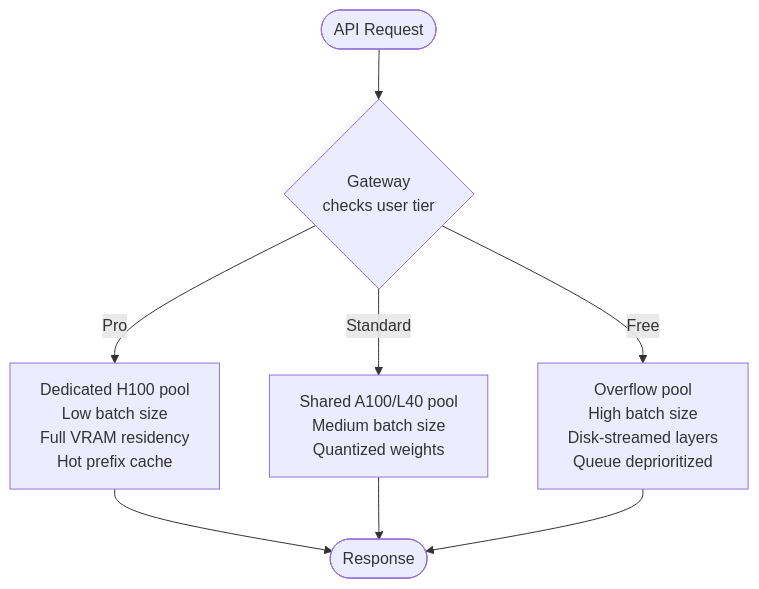
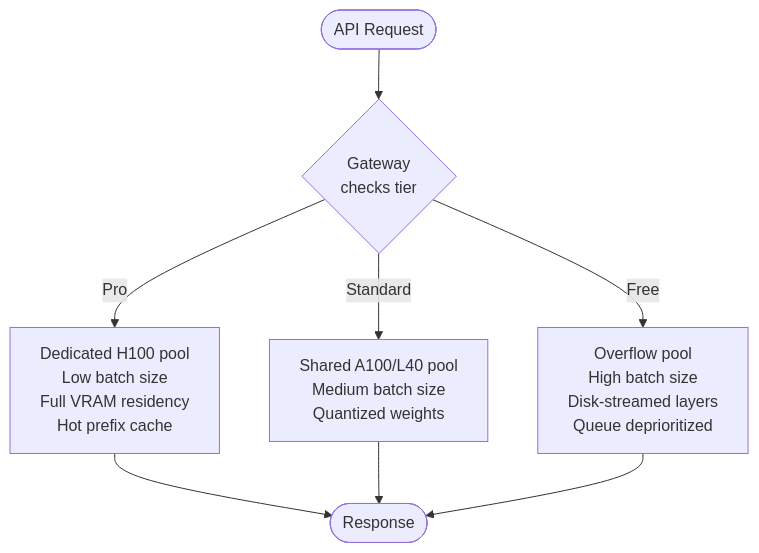
Before and after one commit to JonCooperWorks/rLLM: the ninth of 11 diagrams in docs/production-considerations.md, drawn with Mermaid. The commit also changed other lines of this file and 1 other file, not shown here.

First line of the commit message:
Remove auth/gateway references from docs

````diff
--- a/docs/production-considerations.md
+++ b/docs/production-considerations.md
@@ -382,12 +364,12 @@
 ```mermaid
 graph TD
-    Req([API Request]) --> GW{Gateway<br/>checks user tier}
+    Req([API Request]) --> GW{Gateway<br/>checks tier}
 
     GW -->|Pro| Pro["Dedicated H100 pool<br/>Low batch size<br/>Full VRAM residency<br/>Hot prefix cache"]
     GW -->|Standard| Std["Shared A100/L40 pool<br/>Medium batch size<br/>Quantized weights"]
     GW -->|Free| Free["Overflow pool<br/>High batch size<br/>Disk-streamed layers<br/>Queue deprioritized"]
 
     Pro --> Resp([Response])
     Std --> Resp
     Free --> Resp
 ```
````
